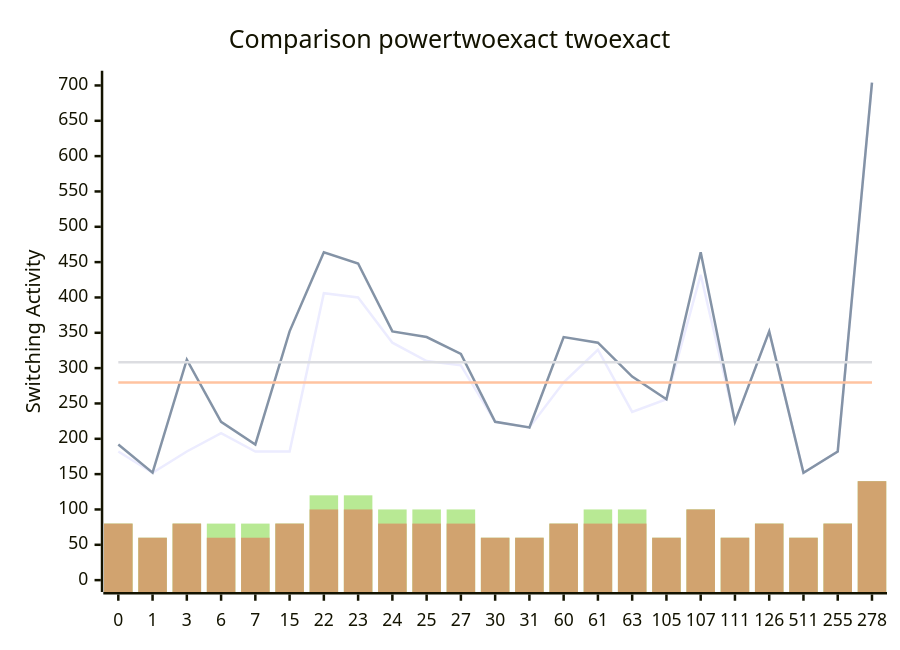
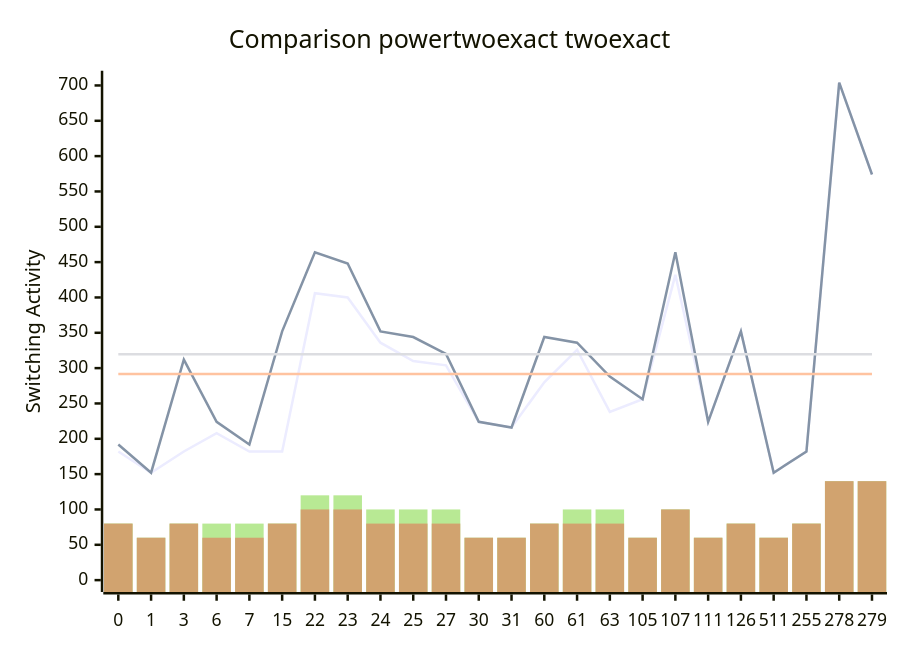
One commit to FeldmeierMichael/Exact-Power-Synthesis changed the diagram in benchmark_opt_500.md. Above: the diagram before and after it, drawn with Mermaid. The commit also changed other lines of this file, not shown here.

````diff
--- a/benchmark_opt_500.md
+++ b/benchmark_opt_500.md
@@ -47,12 +49,12 @@
 ```mermaid
 xychart-beta
     title "Comparison powertwoexact twoexact"
-    x-axis [0, 1, 3, 6, 7, 15, 22, 23, 24, 25, 27, 30, 31, 60, 61, 63, 105, 107, 111, 126, 511, 255, 278]
+    x-axis [0, 1, 3, 6, 7, 15, 22, 23, 24, 25, 27, 30, 31, 60, 61, 63, 105, 107, 111, 126, 511, 255, 278, 279]
     y-axis "Switching Activity" 0-->704
-    line [182, 152, 182, 208, 182, 182, 406, 400, 336, 310, 304, 224, 216, 280, 326, 238, 256, 432, 224, 352, 152, 182, 704]
-    line [192, 152, 312, 224, 192, 352, 464, 448, 352, 344, 320, 224, 216, 344, 336, 288, 256, 464, 224, 352, 152, 182, 704]
-    line [279.5652173913044, 279.5652173913044, 279.5652173913044, 279.5652173913044, 279.5652173913044, 279.5652173913044, 279.5652173913044, 279.5652173913044, 279.5652173913044, 279.5652173913044, 279.5652173913044, 279.5652173913044, 279.5652173913044, 279.5652173913044, 279.5652173913044, 279.5652173913044, 279.5652173913044, 279.5652173913044, 279.5652173913044, 279.5652173913044, 279.5652173913044, 279.5652173913044, 279.5652173913044]
-    line [308.4347826086956, 308.4347826086956, 308.4347826086956, 308.4347826086956, 308.4347826086956, 308.4347826086956, 308.4347826086956, 308.4347826086956, 308.4347826086956, 308.4347826086956, 308.4347826086956, 308.4347826086956, 308.4347826086956, 308.4347826086956, 308.4347826086956, 308.4347826086956, 308.4347826086956, 308.4347826086956, 308.4347826086956, 308.4347826086956, 308.4347826086956, 308.4347826086956, 308.4347826086956]
-    bar [80, 60, 80, 80, 80, 80, 120, 120, 100, 100, 100, 60, 60, 80, 100, 100, 60, 100, 60, 80, 60, 80, 140]
-    bar [80, 60, 80, 60, 60, 80, 100, 100, 80, 80, 80, 60, 60, 80, 80, 80, 60, 100, 60, 80, 60, 80, 140]
+    line [182, 152, 182, 208, 182, 182, 406, 400, 336, 310, 304, 224, 216, 280, 326, 238, 256, 432, 224, 352, 152, 182, 704, 574]
+    line [192, 152, 312, 224, 192, 352, 464, 448, 352, 344, 320, 224, 216, 344, 336, 288, 256, 464, 224, 352, 152, 182, 704, 574]
+    line [291.8333333333333, 291.8333333333333, 291.8333333333333, 291.8333333333333, 291.8333333333333, 291.8333333333333, 291.8333333333333, 291.8333333333333, 291.8333333333333, 291.8333333333333, 291.8333333333333, 291.8333333333333, 291.8333333333333, 291.8333333333333, 291.8333333333333, 291.8333333333333, 291.8333333333333, 291.8333333333333, 291.8333333333333, 291.8333333333333, 291.8333333333333, 291.8333333333333, 291.8333333333333, 291.8333333333333]
+    line [319.5, 319.5, 319.5, 319.5, 319.5, 319.5, 319.5, 319.5, 319.5, 319.5, 319.5, 319.5, 319.5, 319.5, 319.5, 319.5, 319.5, 319.5, 319.5, 319.5, 319.5, 319.5, 319.5, 319.5]
+    bar [80, 60, 80, 80, 80, 80, 120, 120, 100, 100, 100, 60, 60, 80, 100, 100, 60, 100, 60, 80, 60, 80, 140, 140]
+    bar [80, 60, 80, 60, 60, 80, 100, 100, 80, 80, 80, 60, 60, 80, 80, 80, 60, 100, 60, 80, 60, 80, 140, 140]
 ```
````
